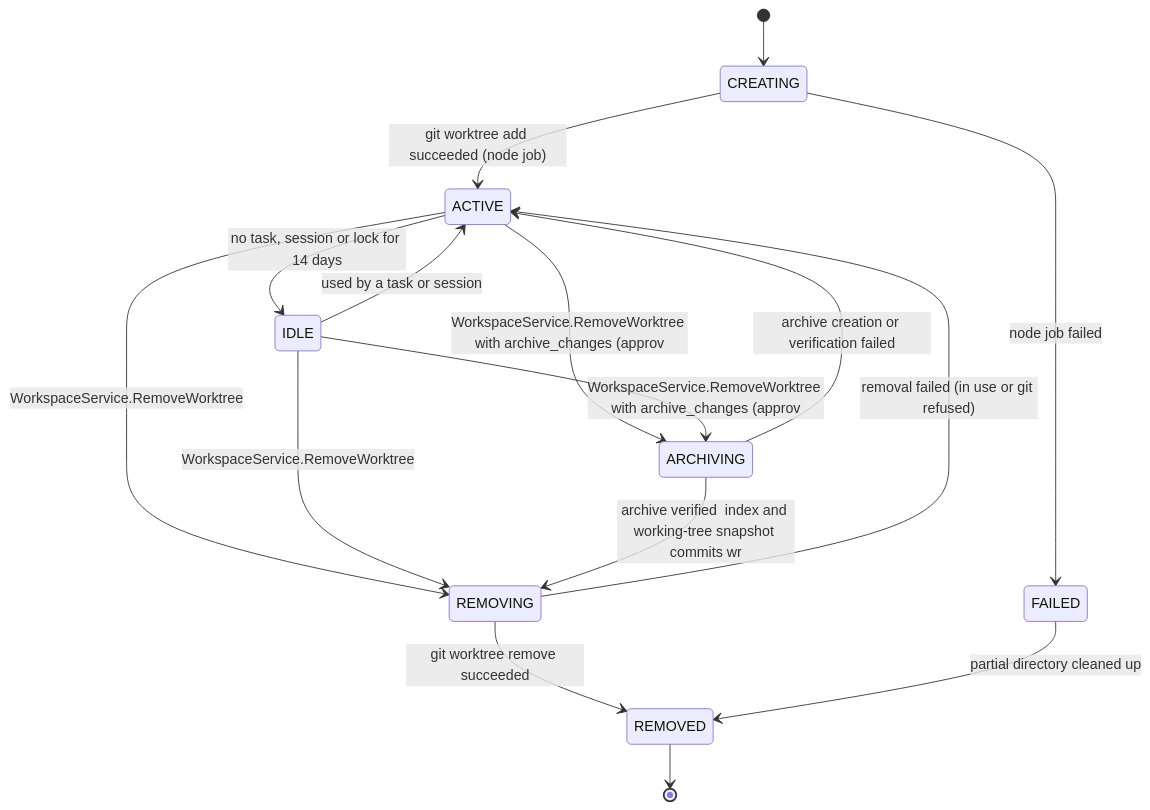
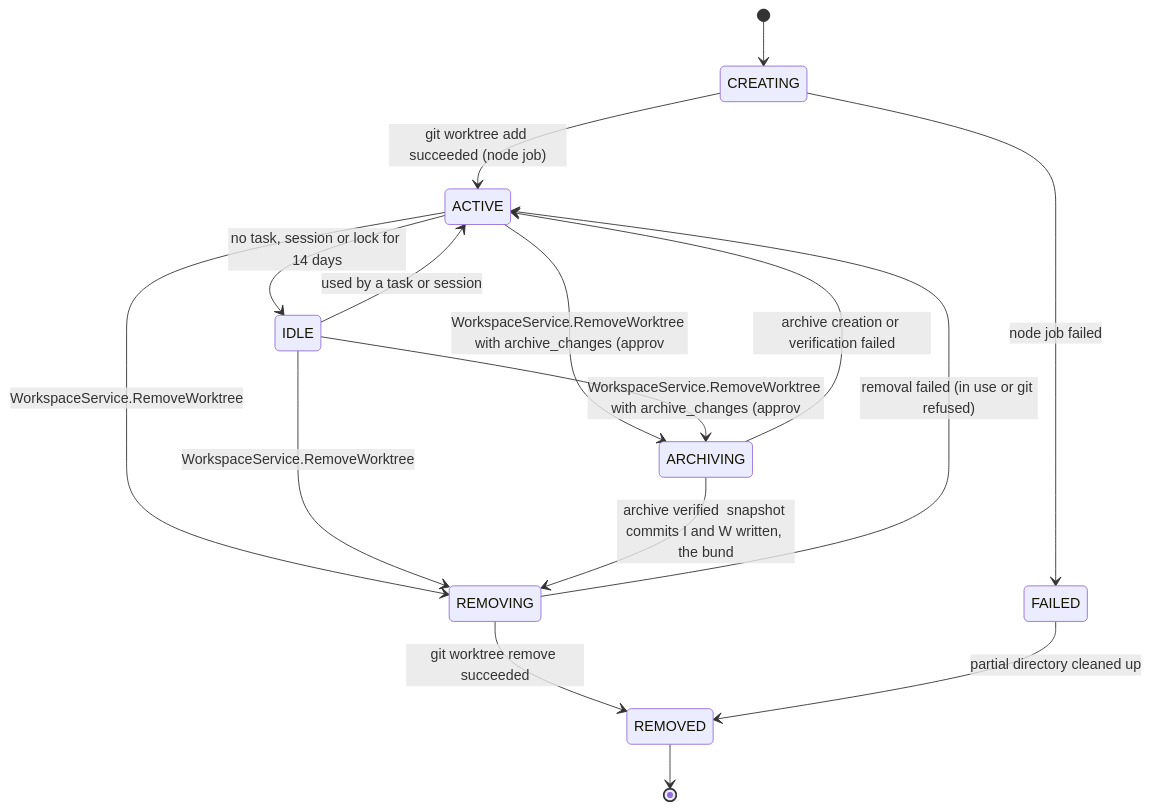
Before and after one commit to ArcForges/ArcForges-Design: the ninth of 19 diagrams in docs/state-machines/README.md, drawn with Mermaid. The commit also changed other lines of this file and 37 other files, not shown here.

````diff
--- a/docs/state-machines/README.md
+++ b/docs/state-machines/README.md
@@ -389,18 +389,18 @@
 ```mermaid
 stateDiagram-v2
   [*] --> CREATING
   CREATING --> ACTIVE : git worktree add succeeded (node job)
   CREATING --> FAILED : node job failed
   ACTIVE --> IDLE : no task, session or lock for 14 days
   IDLE --> ACTIVE : used by a task or session
   ACTIVE --> REMOVING : WorkspaceService.RemoveWorktree
   IDLE --> REMOVING : WorkspaceService.RemoveWorktree
   ACTIVE --> ARCHIVING : WorkspaceService.RemoveWorktree with archive_changes (approv
   IDLE --> ARCHIVING : WorkspaceService.RemoveWorktree with archive_changes (approv
-  ARCHIVING --> REMOVING : archive verified  index and working-tree snapshot commits wr
+  ARCHIVING --> REMOVING : archive verified  snapshot commits I and W written, the bund
   ARCHIVING --> ACTIVE : archive creation or verification failed
   REMOVING --> REMOVED : git worktree remove succeeded
   REMOVING --> ACTIVE : removal failed (in use or git refused)
   FAILED --> REMOVED : partial directory cleaned up
   REMOVED --> [*]
 ```
````
